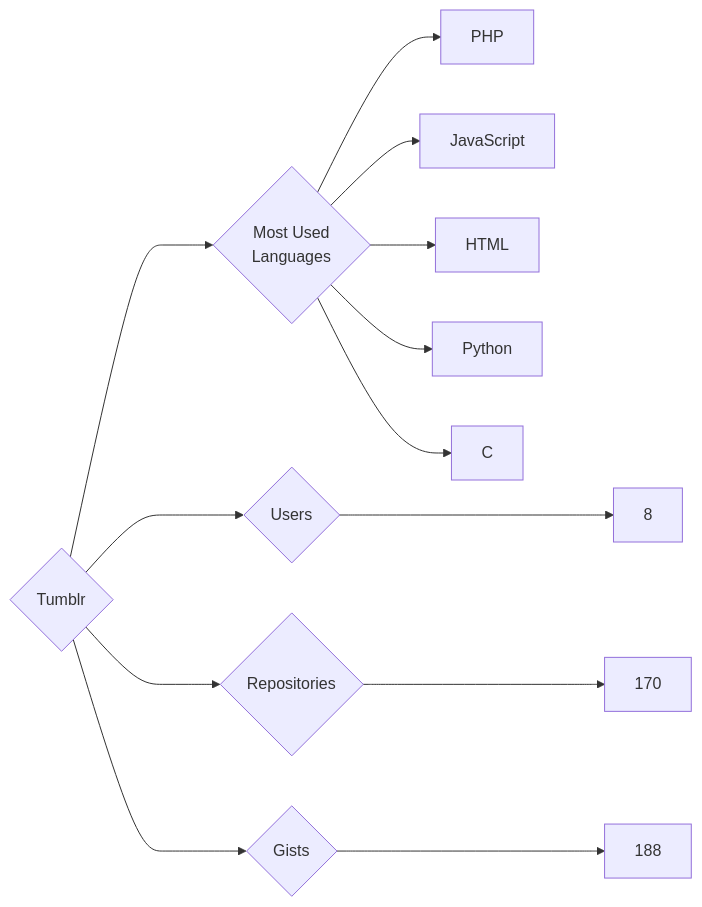
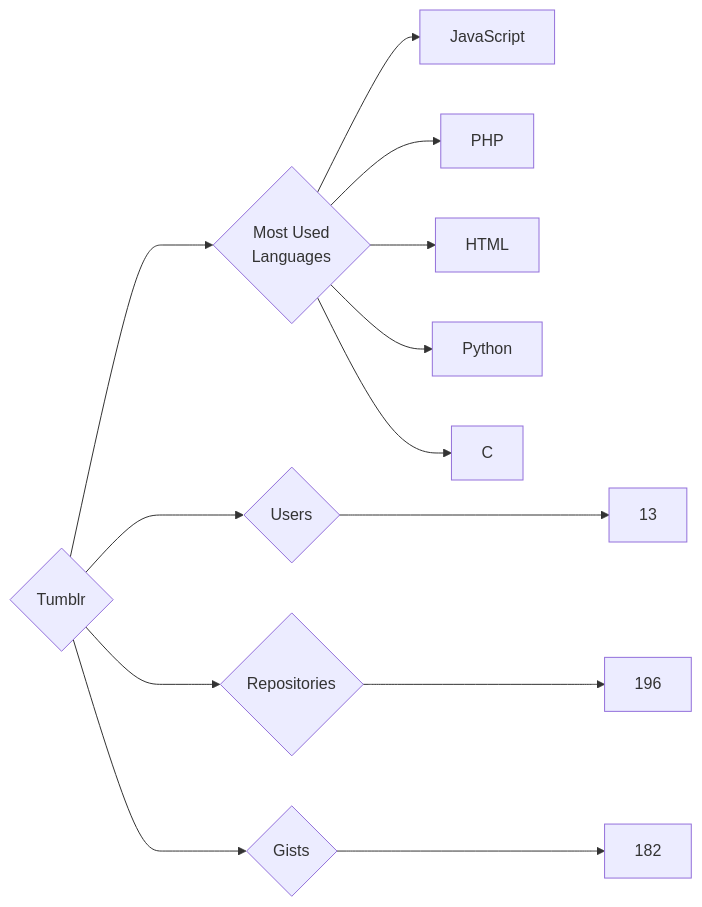
Before and after one commit to trickest/insiders: the diagram in targets/Tumblr/README.md, drawn with Mermaid. The commit also changed 1696 other files, not shown here.

````diff
--- a/targets/Tumblr/README.md
+++ b/targets/Tumblr/README.md
@@ -3,13 +3,13 @@
 ```mermaid
 graph LR
 COMPANY_NAME{Tumblr}
-COMPANY_NAME ---> U{Users} ---> UN[8]
-COMPANY_NAME ---> R{Repositories} ---> RN[170]
-COMPANY_NAME ---> G{Gists} ---> GN[188]
+COMPANY_NAME ---> U{Users} ---> UN[13]
+COMPANY_NAME ---> R{Repositories} ---> RN[196]
+COMPANY_NAME ---> G{Gists} ---> GN[182]
 COMPANY_NAME ---> ML{Most Used<br>Languages}
+ML --> JavaScript[JavaScript]
 ML --> PHP[PHP]
-ML --> JavaScript[JavaScript]
 ML --> HTML[HTML]
 ML --> Python[Python]
 ML --> C[C]
 ```
````
